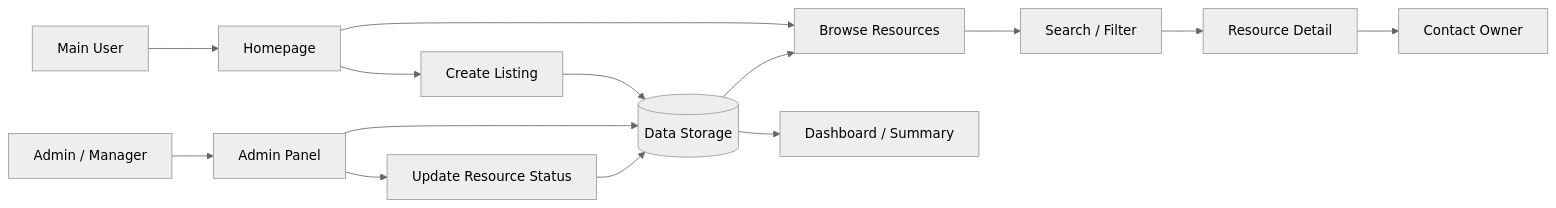
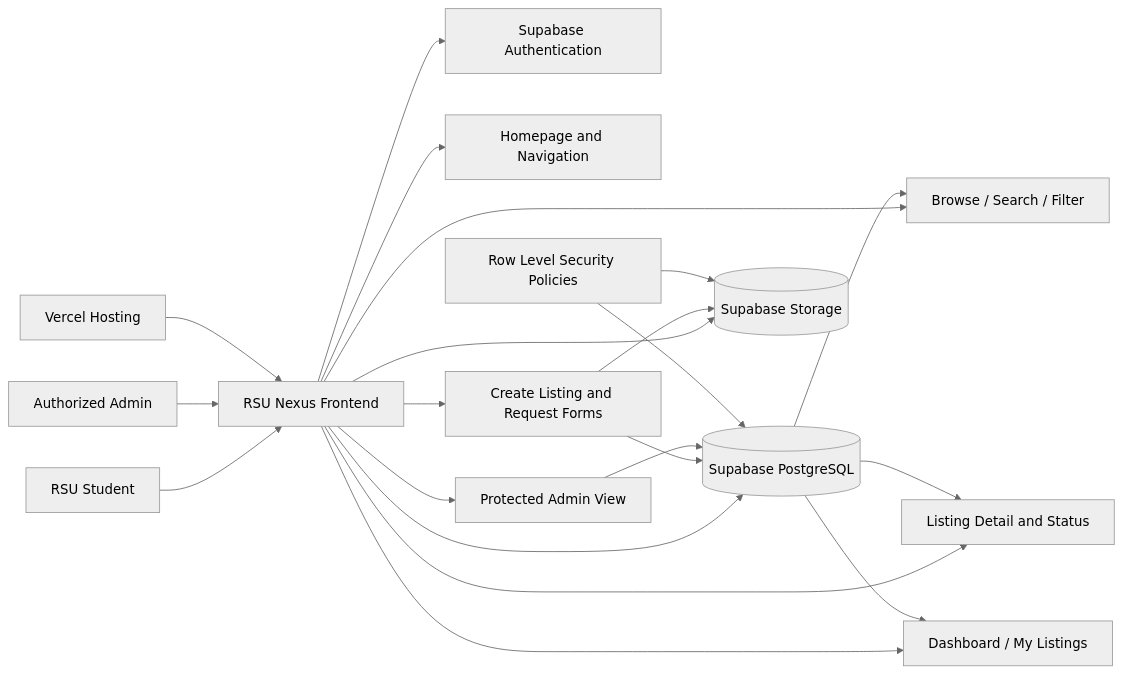
One commit to arkarmoeandrew/ICT105-Quartet-MVP changed the diagram in diagrams/system-architecture.mmd. Above: the diagram before and after it, drawn with Mermaid (neutral theme). The commit also changed 26 other files, not shown here.

```diff
--- a/diagrams/system-architecture.mmd
+++ b/diagrams/system-architecture.mmd
@@ -1,15 +1,25 @@
 flowchart LR
-    U[Main User] --> HOME[Homepage]
-    HOME --> LIST[Browse Resources]
-    HOME --> FORM[Create Listing]
-    FORM --> STORE[(Data Storage)]
-    STORE --> LIST
-    LIST --> SEARCH[Search / Filter]
-    SEARCH --> DETAIL[Resource Detail]
-    DETAIL --> CONTACT[Contact Owner]
-    STORE --> DASH[Dashboard / Summary]
+    U[RSU Student] --> WEB[RSU Nexus Frontend]
+    ADMIN[Authorized Admin] --> WEB
 
-    ADMIN[Admin / Manager] --> ADMINP[Admin Panel]
-    ADMINP --> STORE
-    ADMINP --> STATUS[Update Resource Status]
-    STATUS --> STORE
+    V[Vercel Hosting] --> WEB
+    WEB --> AUTH[Supabase Authentication]
+    WEB --> DB[(Supabase PostgreSQL)]
+    WEB --> STORAGE[(Supabase Storage)]
+
+    WEB --> HOME[Homepage and Navigation]
+    WEB --> MARKET[Browse / Search / Filter]
+    WEB --> FORM[Create Listing and Request Forms]
+    WEB --> DETAIL[Listing Detail and Status]
+    WEB --> DASH[Dashboard / My Listings]
+    WEB --> ADMINP[Protected Admin View]
+
+    FORM --> DB
+    FORM --> STORAGE
+    DB --> MARKET
+    DB --> DETAIL
+    DB --> DASH
+    ADMINP --> DB
+
+    RLS[Row Level Security Policies] --> DB
+    RLS --> STORAGE
```
